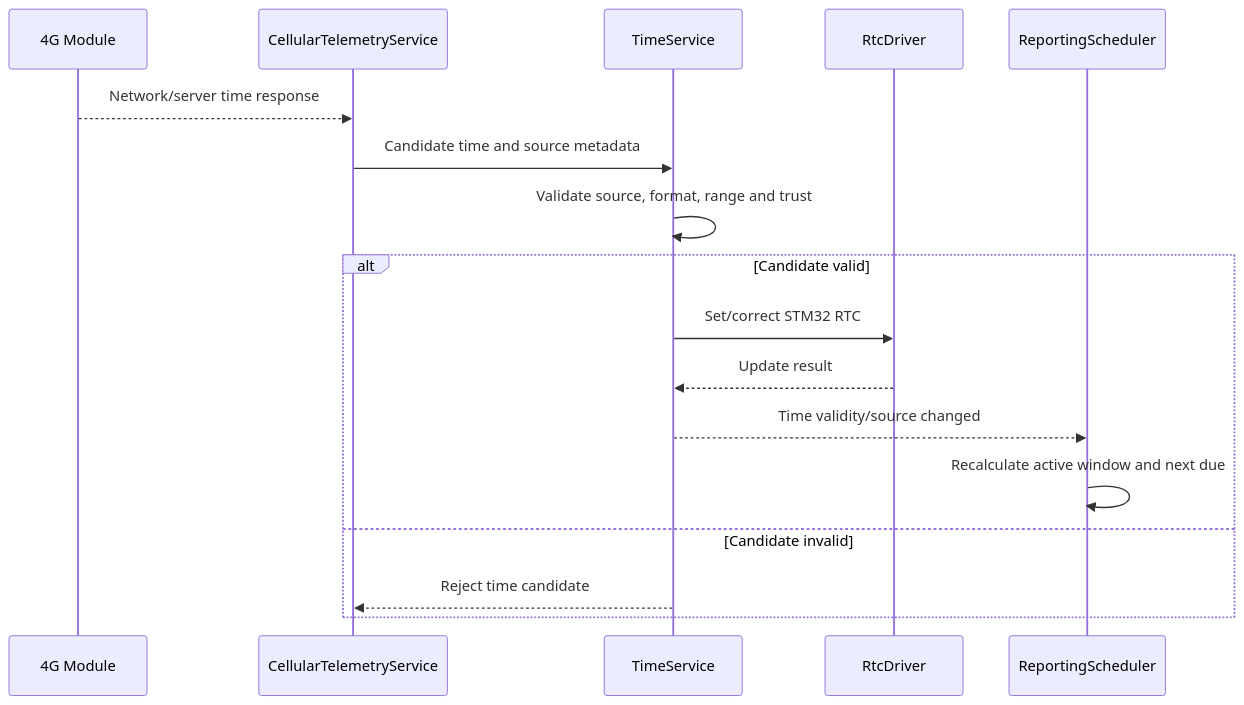
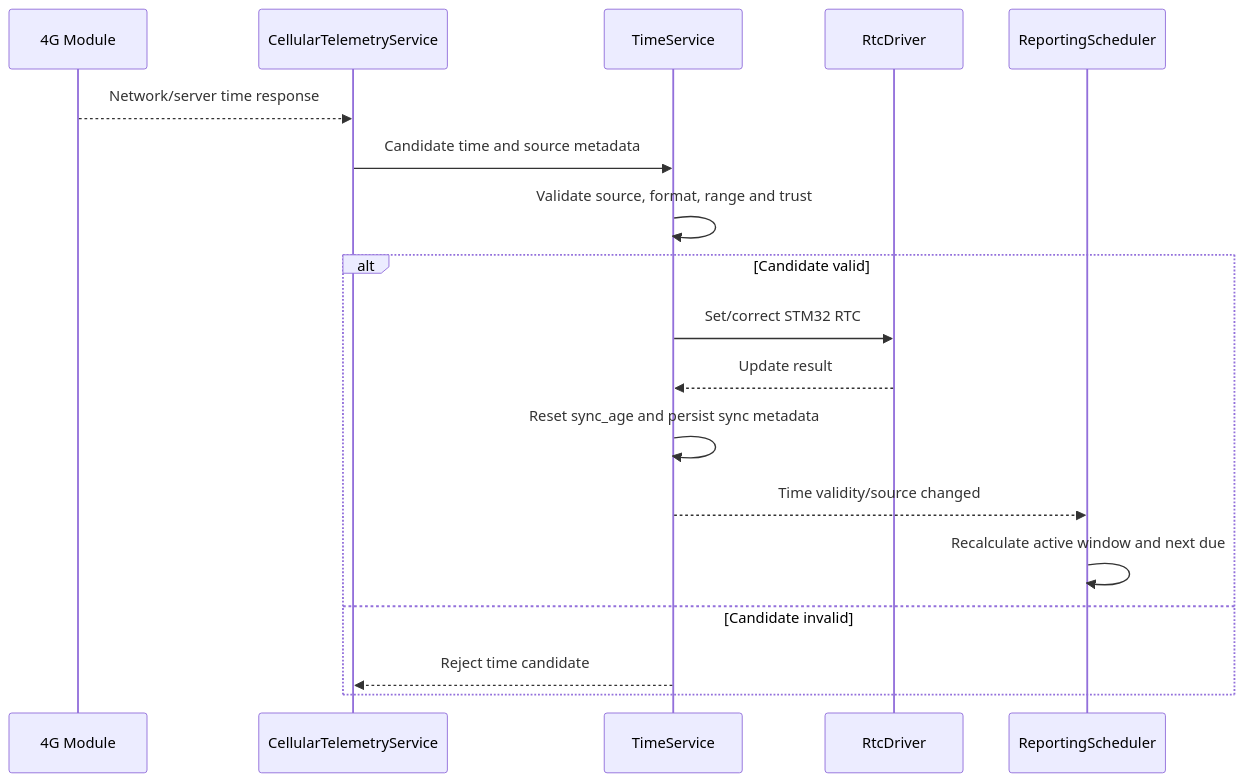
Before and after one commit to whoisLePhuc/smart-water-flow-pressure-monitor: diagram 15 of 27 in 1.docs/00_overview/05_sequence_diagrams.md, drawn with Mermaid. The commit also changed other lines of this file and 11 other files, not shown here.

````diff
--- a/1.docs/00_overview/05_sequence_diagrams.md
+++ b/1.docs/00_overview/05_sequence_diagrams.md
@@ -568,20 +568,21 @@
 ```mermaid
 sequenceDiagram
     participant MODEM as 4G Module
     participant CELL as CellularTelemetryService
     participant TS as TimeService
     participant RTC as RtcDriver
     participant RS as ReportingScheduler
 
     MODEM-->>CELL: Network/server time response
     CELL->>TS: Candidate time and source metadata
     TS->>TS: Validate source, format, range and trust
     alt Candidate valid
         TS->>RTC: Set/correct STM32 RTC
         RTC-->>TS: Update result
+        TS->>TS: Reset sync_age and persist sync metadata
         TS-->>RS: Time validity/source changed
         RS->>RS: Recalculate active window and next due
     else Candidate invalid
         TS-->>CELL: Reject time candidate
     end
 ```
````
